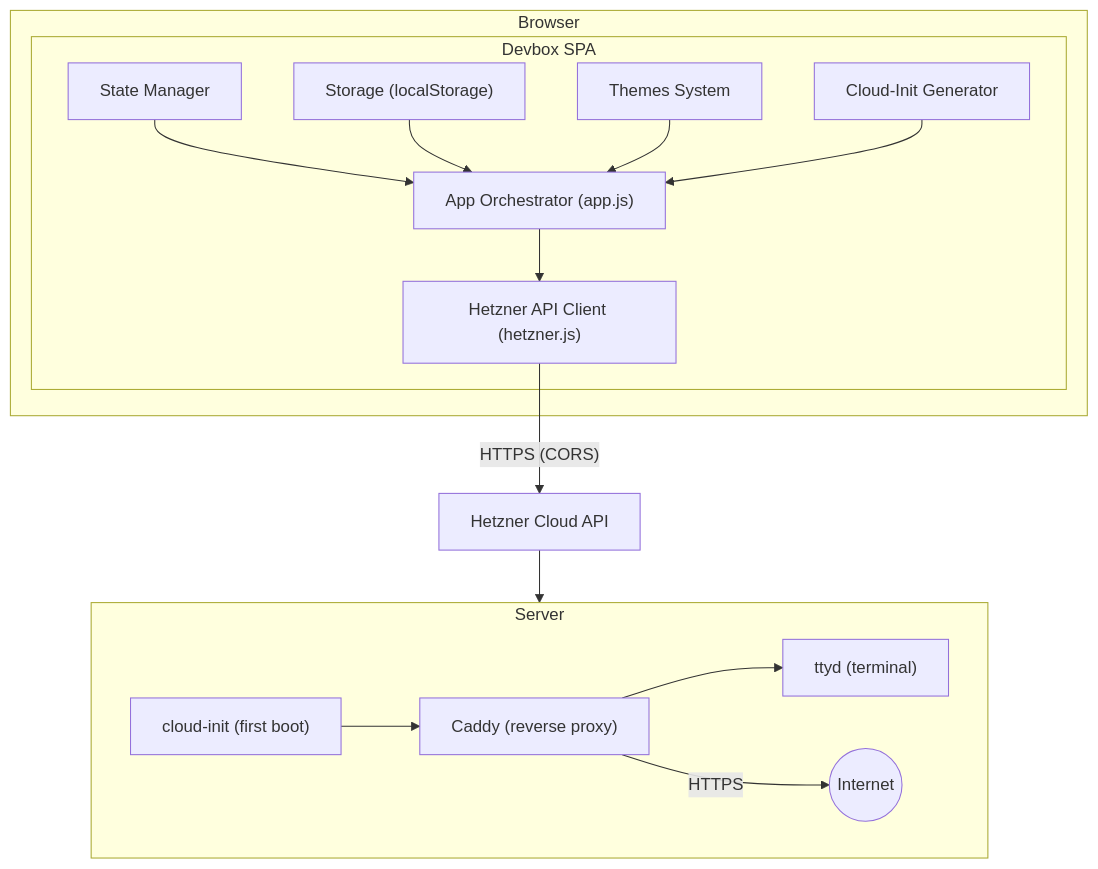
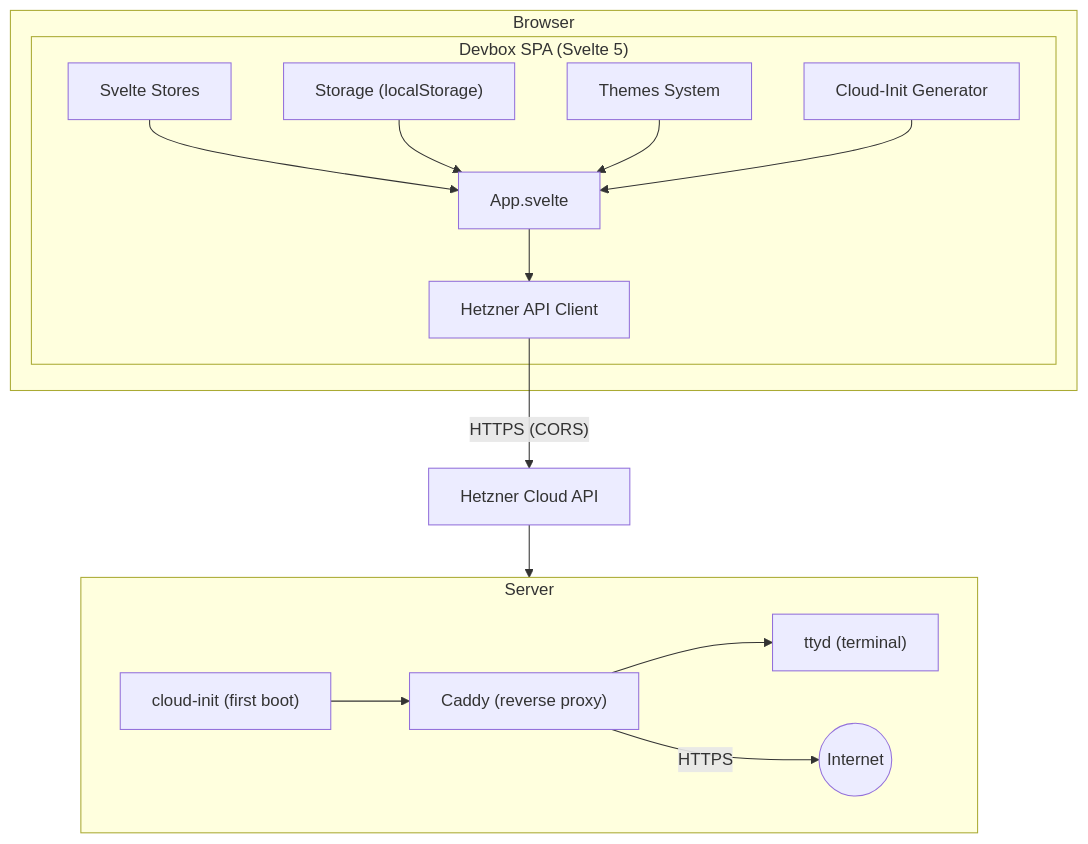
One commit to HenkVanMaanen/devbox changed the first of 5 diagrams in docs/architecture.md. Above: the diagram before and after it, drawn with Mermaid. The commit also changed other lines of this file and 40 other files, not shown here.

````diff
--- a/docs/architecture.md
+++ b/docs/architecture.md
@@ -7,23 +7,23 @@
 ```mermaid
 flowchart TB
     subgraph Browser
-        subgraph SPA["Devbox SPA"]
-            State["State Manager"]
+        subgraph SPA["Devbox SPA (Svelte 5)"]
+            Stores["Svelte Stores"]
             Storage["Storage (localStorage)"]
             Themes["Themes System"]
             CloudInit["Cloud-Init Generator"]
-            State & Storage & Themes & CloudInit --> App["App Orchestrator (app.js)"]
-            App --> Hetzner["Hetzner API Client (hetzner.js)"]
+            Stores & Storage & Themes & CloudInit --> App["App.svelte"]
+            App --> Hetzner["Hetzner API Client"]
         end
     end
 
     Hetzner -->|"HTTPS (CORS)"| API["Hetzner Cloud API"]
     API --> Server["Cloud Server"]
 
     subgraph Server
         Init["cloud-init (first boot)"]
         Init --> Caddy["Caddy (reverse proxy)"]
         Caddy --> ttyd["ttyd (terminal)"]
         Caddy -->|HTTPS| Internet((Internet))
     end
 ```
````
